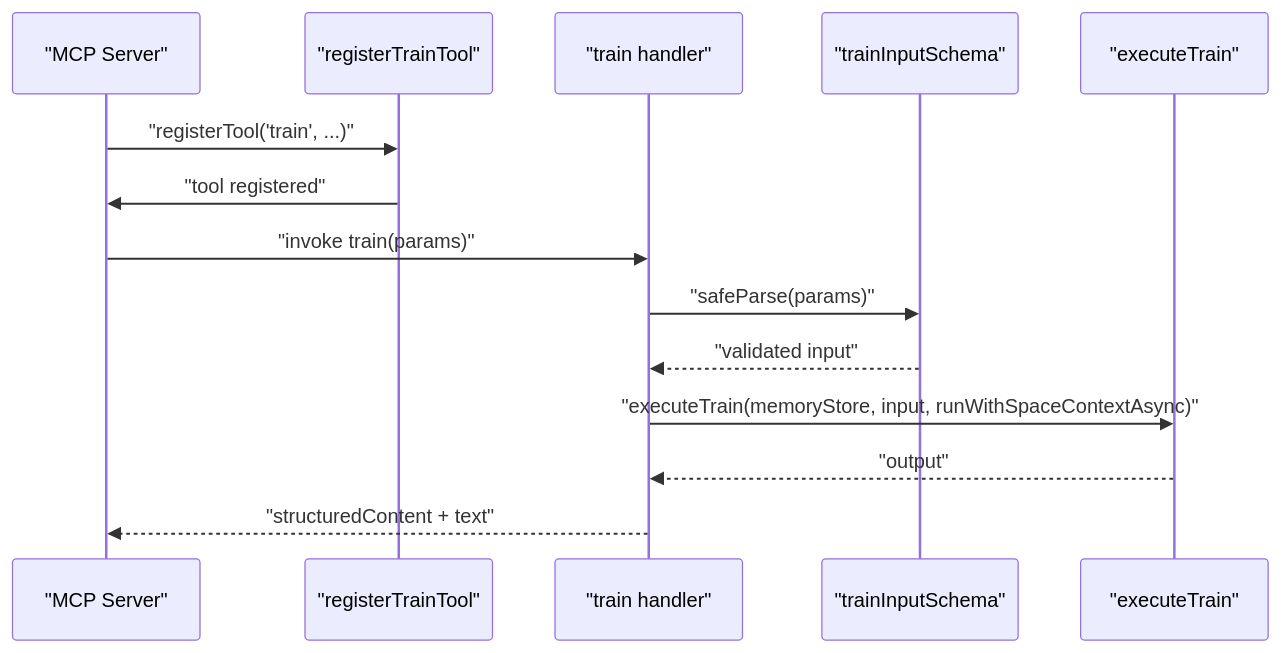
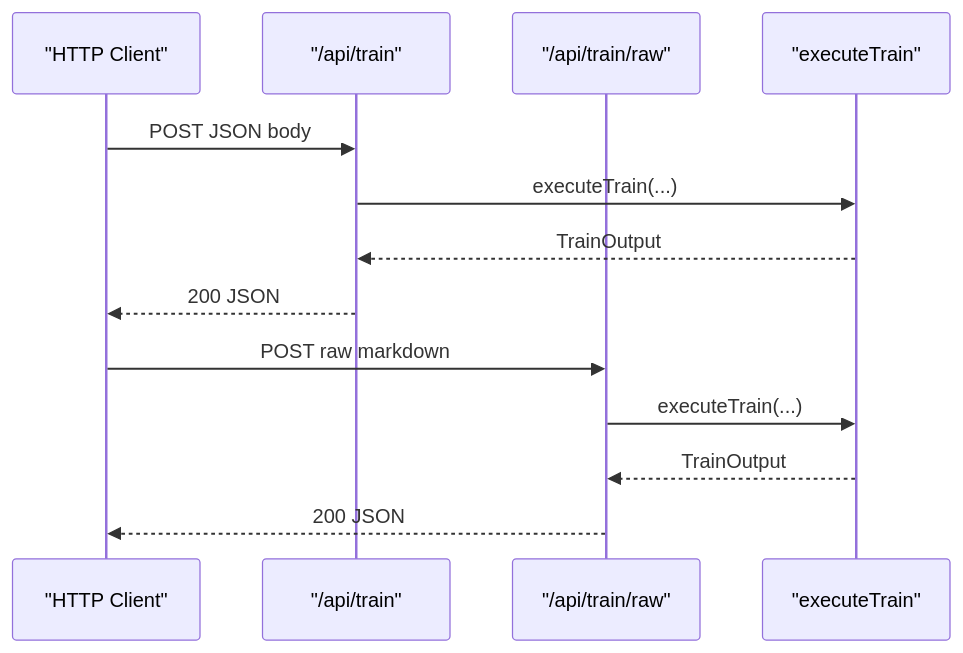
One commit to SquadRules/mcp changed the ninth of 12 diagrams in .qoder/repowiki/en/content/MCP Tools Reference/Train Tool.md. Above: the diagram before and after it, drawn with Mermaid. The commit also changed other lines of this file and 553 other files, not shown here.

````diff
--- a/.qoder/repowiki/en/content/MCP Tools Reference/Train Tool.md
+++ b/.qoder/repowiki/en/content/MCP Tools Reference/Train Tool.md
@@ -320,16 +350,15 @@
 ```mermaid
 sequenceDiagram
-participant Server as "MCP Server"
-participant Reg as "registerTrainTool"
-participant Handler as "train handler"
-participant Schema as "trainInputSchema"
-participant Exec as "executeTrain"
-Server->>Reg : "registerTool('train', ...)"
-Reg->>Server : "tool registered"
-Server->>Handler : "invoke train(params)"
-Handler->>Schema : "safeParse(params)"
-Schema-->>Handler : "validated input"
-Handler->>Exec : "executeTrain(memoryStore, input, runWithSpaceContextAsync)"
-Exec-->>Handler : "output"
-Handler-->>Server : "structuredContent + text"
+participant Client as "HTTP Client"
+participant JsonRoute as "/api/train"
+participant RawRoute as "/api/train/raw"
+participant Tool as "executeTrain"
+Client->>JsonRoute : POST JSON body
+JsonRoute->>Tool : executeTrain(...)
+Tool-->>JsonRoute : TrainOutput
+JsonRoute-->>Client : 200 JSON
+Client->>RawRoute : POST raw markdown
+RawRoute->>Tool : executeTrain(...)
+Tool-->>RawRoute : TrainOutput
+RawRoute-->>Client : 200 JSON
 ```
````
